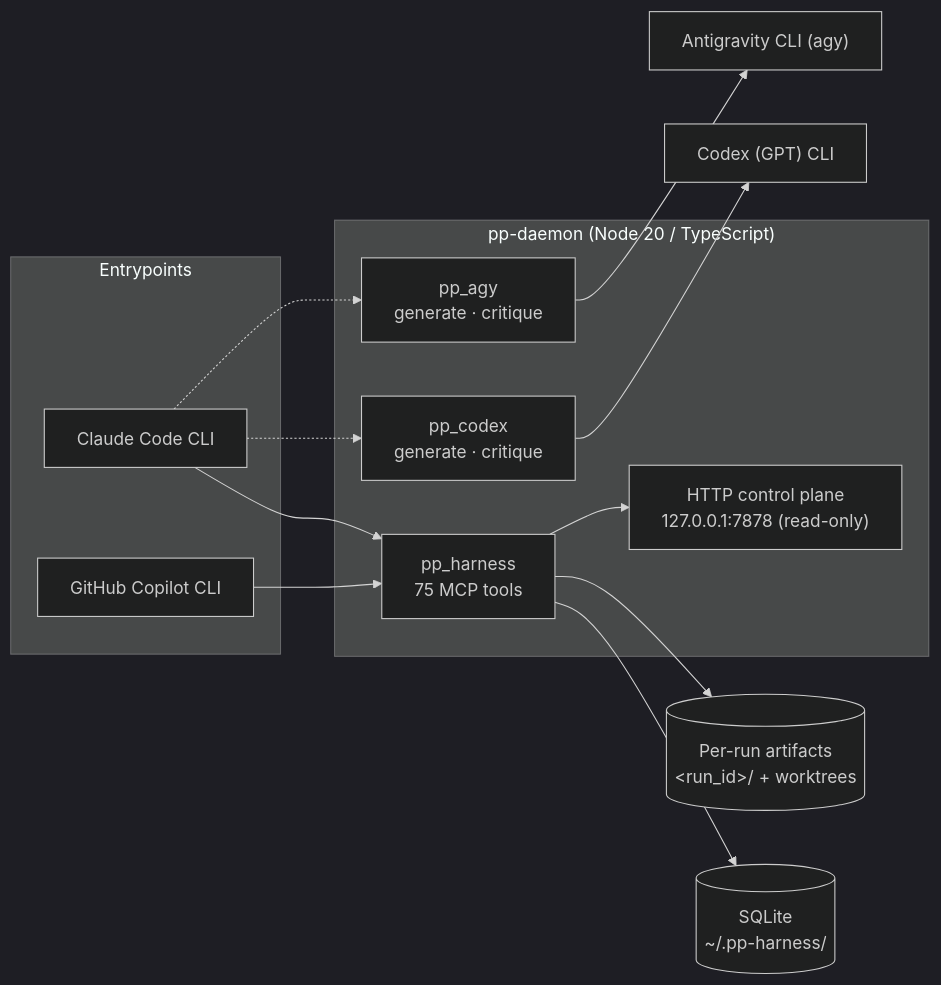
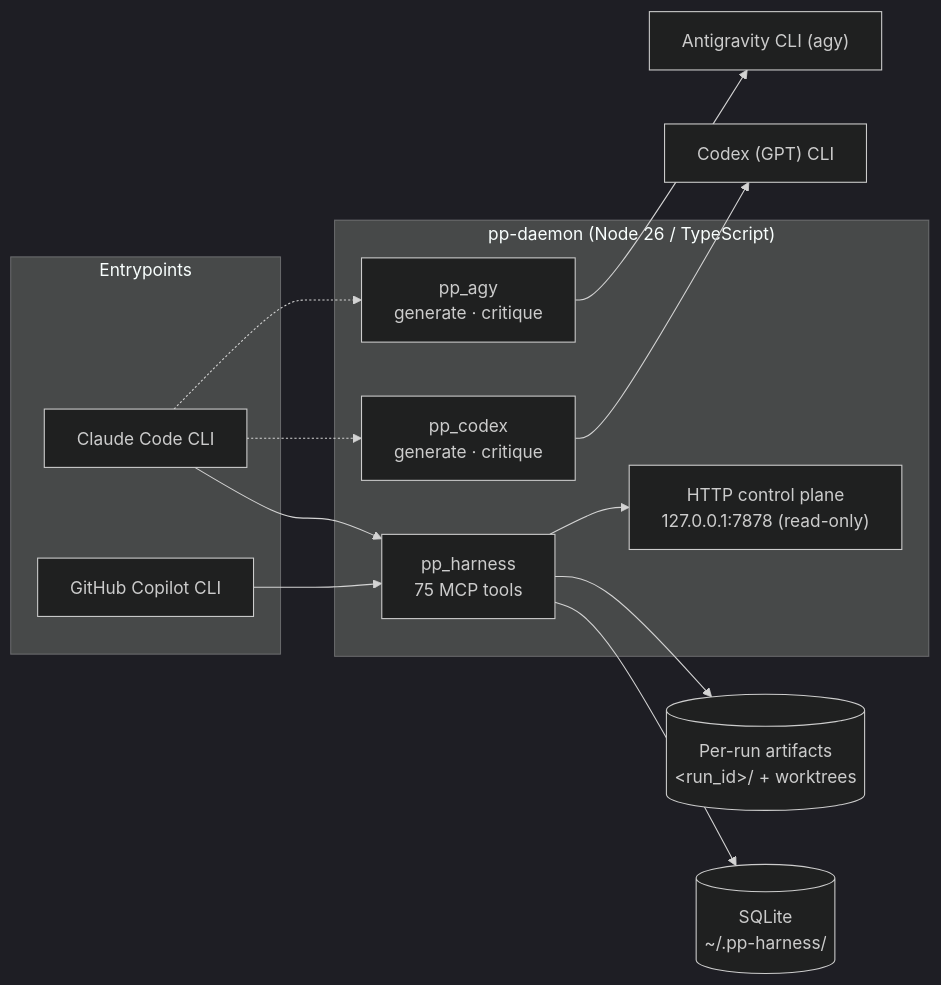
Before and after one commit to lebobo88/pair-programmer: the second of 7 diagrams in ARCHITECTURE.md, drawn with Mermaid. The commit also changed other lines of this file and 9 other files, not shown here.

````diff
--- a/ARCHITECTURE.md
+++ b/ARCHITECTURE.md
@@ -135,30 +135,30 @@
 ```mermaid
 %%{init: {'theme':'dark'}}%%
 graph LR
     subgraph Entrypoints
         CC["Claude Code CLI"]
         CP["GitHub Copilot CLI"]
     end
 
-    subgraph Daemon["pp-daemon (Node 20 / TypeScript)"]
+    subgraph Daemon["pp-daemon (Node 26 / TypeScript)"]
         H["pp_harness<br/>75 MCP tools"]
         CX["pp_codex<br/>generate · critique"]
         GM["pp_agy<br/>generate · critique"]
         HTTP["HTTP control plane<br/>127.0.0.1:7878 (read-only)"]
     end
 
     CODEX["Codex (GPT) CLI"]
     AGY["Antigravity CLI (agy)"]
     DB[("SQLite<br/>~/.pp-harness/")]
     ART[("Per-run artifacts<br/>&lt;run_id&gt;/ + worktrees")]
 
     CC --> H
     CP --> H
     CC -.-> CX
     CC -.-> GM
     CX --> CODEX
     GM --> AGY
     H --> DB
     H --> ART
     H --> HTTP
 ```
````
